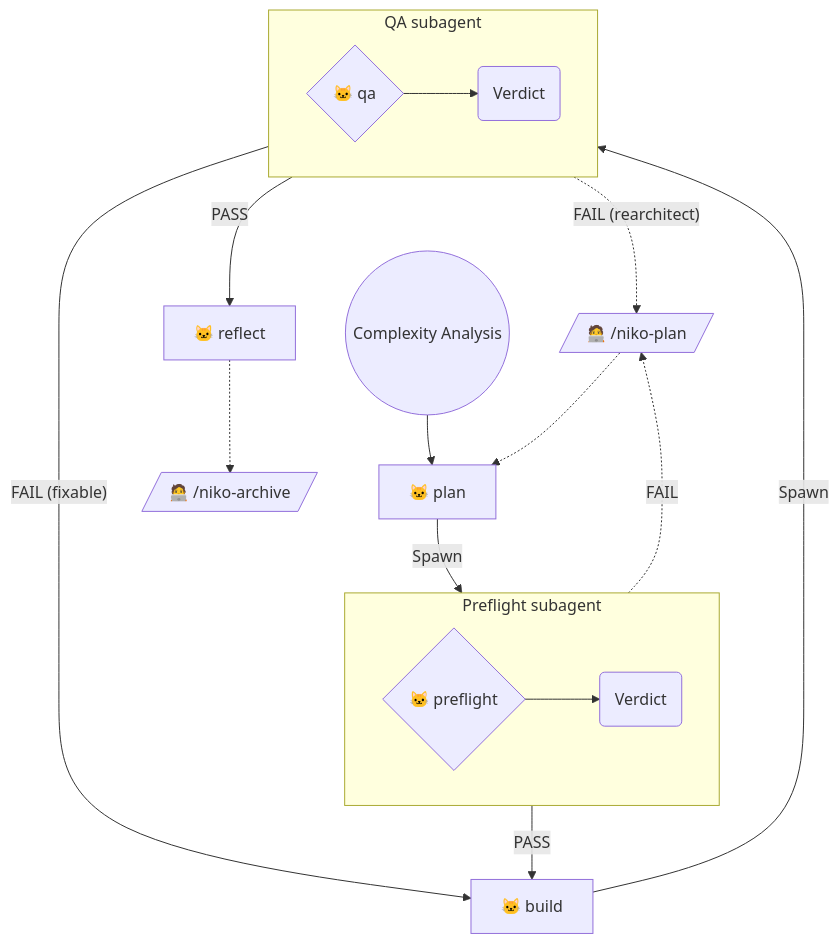
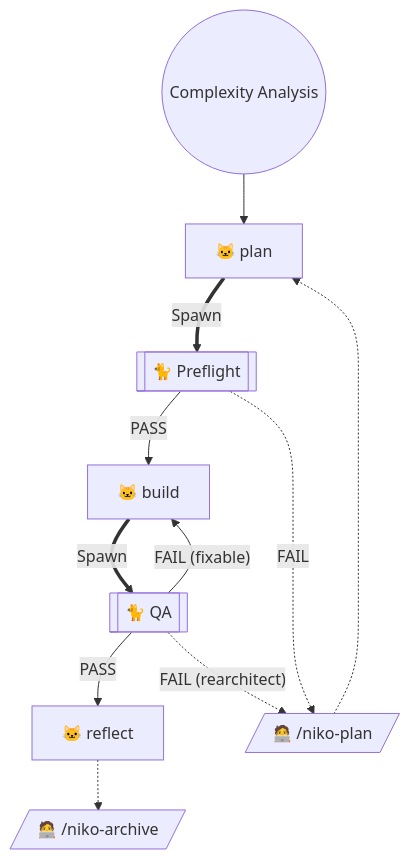
One commit to Texarkanine/devblog changed the diagram in .cursor/skills/shared/niko/references/level2/level2-workflow.md. Above: the diagram before and after it, drawn with Mermaid. The commit also changed other lines of this file and 5 other files, not shown here.

````diff
--- a/.cursor/skills/shared/niko/references/level2/level2-workflow.md
+++ b/.cursor/skills/shared/niko/references/level2/level2-workflow.md
@@ -9,23 +9,15 @@
 ```mermaid
 graph TD
     Start(("Complexity Analysis")) --> NikoPlan["🐱 plan"]
-    NikoPlan --Spawn--> NikoPreflight
-    subgraph PreflightSubagent["Preflight subagent"]
-        direction LR
-        NikoPreflight{"🐱 preflight"} --> PreflightVerdict("Verdict")
-    end
-    PreflightVerdict -->|"PASS"| NikoBuild["🐱 build"]
-    PreflightVerdict -.->|"FAIL"| ManualPlan[/"🧑‍💻 /niko-plan"/]
+    NikoPlan ==Spawn==> NikoPreflight[["🐈 Preflight"]]
+    NikoPreflight -->|"PASS"| NikoBuild["🐱 build"]
+    NikoPreflight -.->|"FAIL"| ManualPlan[/"🧑‍💻 /niko-plan"/]
 
-    NikoBuild --Spawn--> NikoQA
-    subgraph QASubagent["QA subagent"]
-        direction LR
-        NikoQA{"🐱 qa"} --> QAVerdict("Verdict")
-    end
-    QAVerdict -->|"PASS"| NikoReflect["🐱 reflect"]
+    NikoBuild ==Spawn==> NikoQA[["🐈 QA"]]
+    NikoQA -->|"PASS"| NikoReflect["🐱 reflect"]
     NikoReflect -.-> ManualArchive[/"🧑‍💻 /niko-archive"/]
-    QAVerdict -->|"FAIL (fixable)"| NikoBuild
-    QAVerdict -.->|"FAIL (rearchitect)"| ManualPlan
+    NikoQA -->|"FAIL (fixable)"| NikoBuild
+    NikoQA -.->|"FAIL (rearchitect)"| ManualPlan
 
     ManualPlan -.-> NikoPlan
 ```
````
